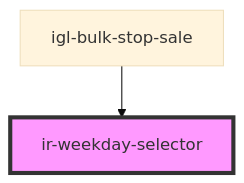
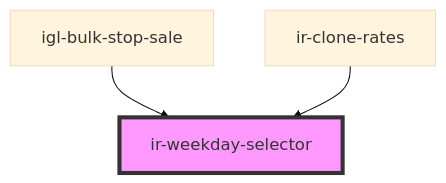
One commit to RonyRizk/ir-webcmp changed the diagram in src/components/ui/ir-weekday-selector/readme.md. Above: the diagram before and after it, drawn with Mermaid (base theme). The commit also changed other lines of this file and 64 other files, not shown here.

Commit message:
Clone Rates

````diff
--- a/src/components/ui/ir-weekday-selector/readme.md
+++ b/src/components/ui/ir-weekday-selector/readme.md
@@ -29,5 +31,6 @@
 ```mermaid
 graph TD;
   igl-bulk-stop-sale --> ir-weekday-selector
+  ir-clone-rates --> ir-weekday-selector
   style ir-weekday-selector fill:#f9f,stroke:#333,stroke-width:4px
 ```
````
